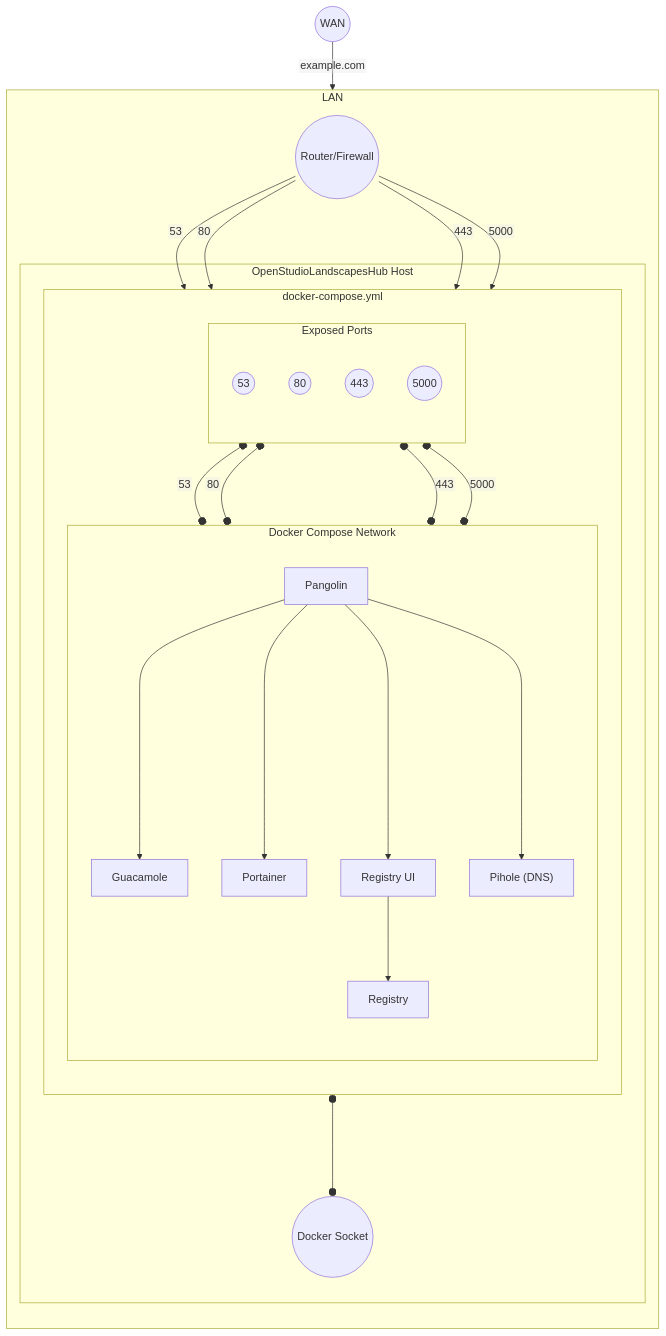
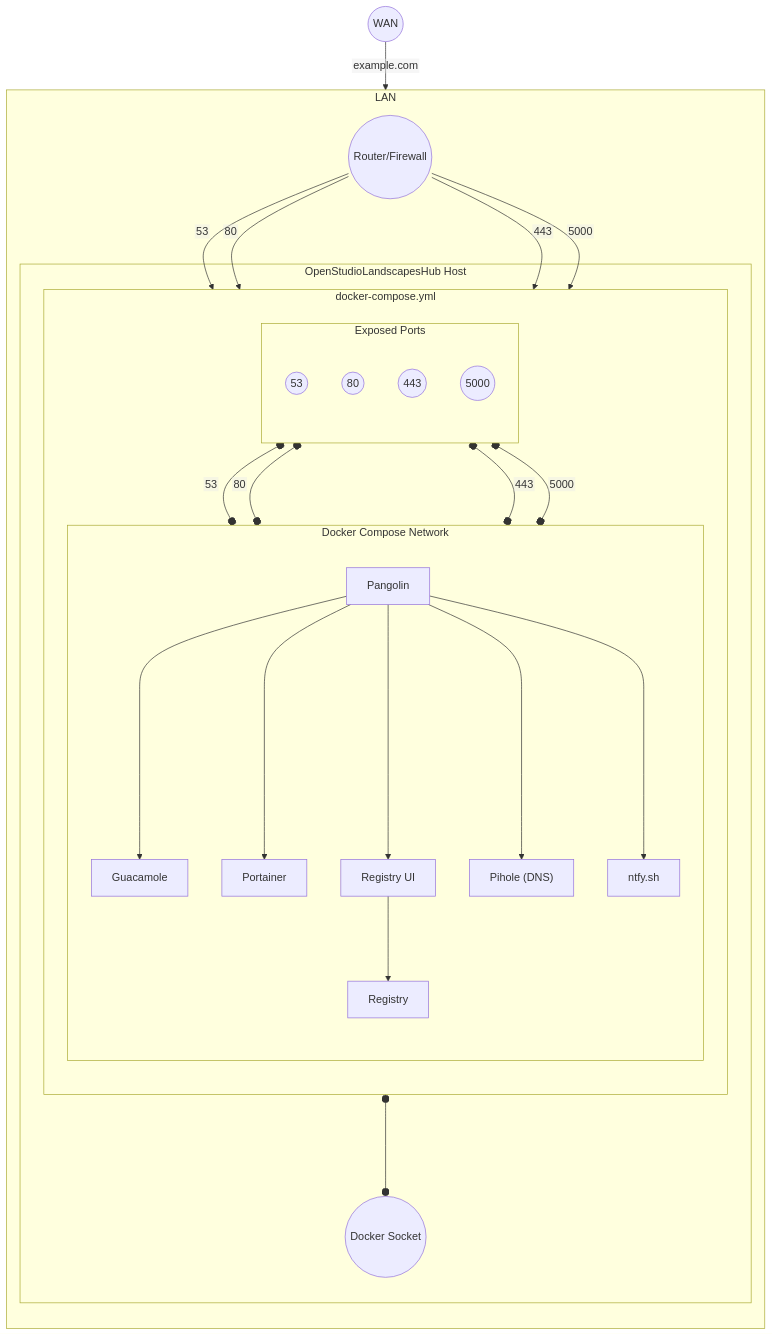
One commit to michimussato/OpenStudioLandscapesHub changed the diagram in README.md. Above: the diagram before and after it, drawn with Mermaid. The commit also changed other lines of this file and 4 other files, not shown here.

````diff
--- a/README.md
+++ b/README.md
@@ -72,58 +73,60 @@
 ```mermaid
 ---
 config:
   flowchart:
     htmlLabels: false
 ---
 flowchart TB
     wan(("`WAN`"))
     %%newLines["`Line1
     %%Line 2
     %%Line 3`"]
     subgraph "LAN"
         direction TB
         router(("`Router/Firewall`"))
         subgraph "OpenStudioLandscapesHub Host" 
 
             subgraph "docker-compose.yml" 
                 direction TB
                 
                 subgraph "Exposed Ports"
                     direction TB
                     port_53(("53"))
                     port_80(("80"))
                     port_443(("443"))
                     port_5000(("5000"))
                 end
                 
                 subgraph "Docker Compose Network" 
                     direction TB
                     pangolin["`Pangolin`"]
                     guacamole["`Guacamole`"]
                     pihole["`Pihole (DNS)`"]
                     portainer["`Portainer`"]
                     registry["`Registry`"]
                     registry-ui["`Registry UI`"]
+                    ntfy["`ntfy.sh`"]
                 end
                 
             end
         docker_sock(("`Docker Socket`"))
         end
     end
     
     wan -- example.com --> router
     router -- 53 --> port_53
     router -- 80 --> port_80
     router -- 443 --> port_443
     router -- 5000 --> port_5000
     port_53 o-- 53 --o pihole
     port_80 o-- 80 --o pangolin
     port_443 o-- 443 --o pangolin
     pangolin ----> guacamole
     pangolin ----> portainer
     pangolin ----> registry-ui
     pangolin ----> pihole
+    pangolin ----> ntfy
     registry-ui --> registry
     port_5000 o-- 5000 --o registry
     portainer o---o docker_sock
 ```
````
